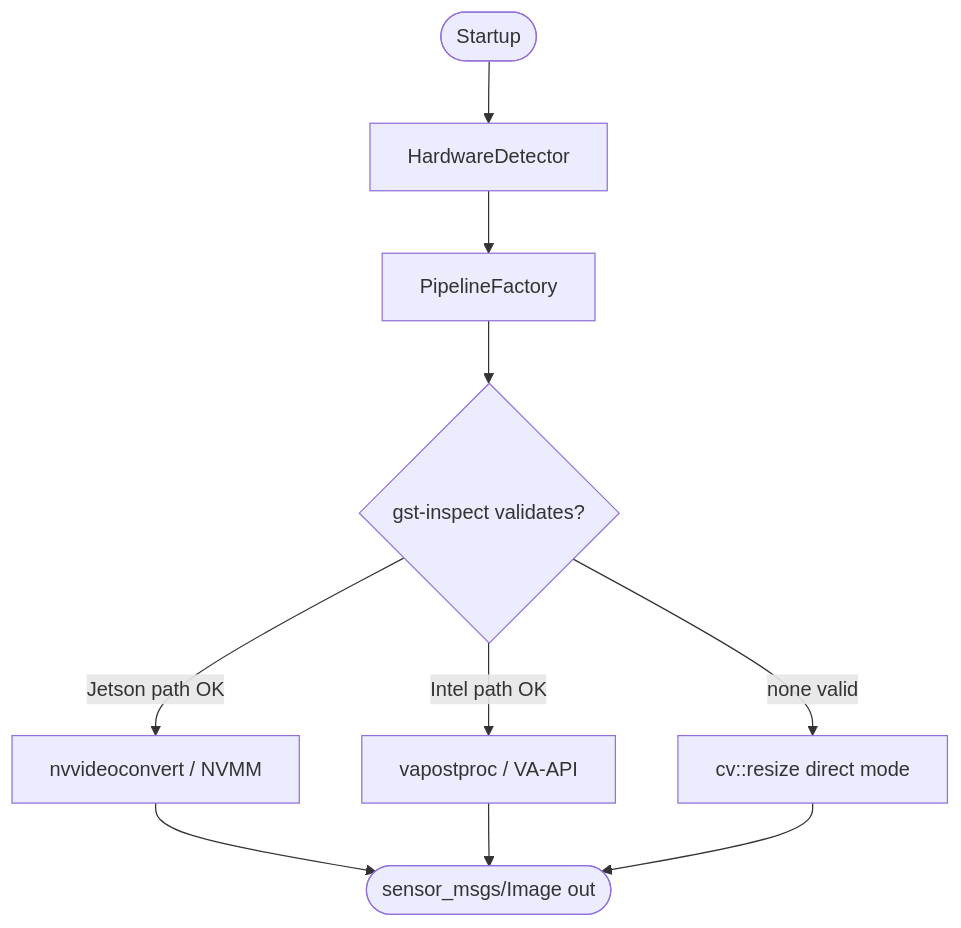
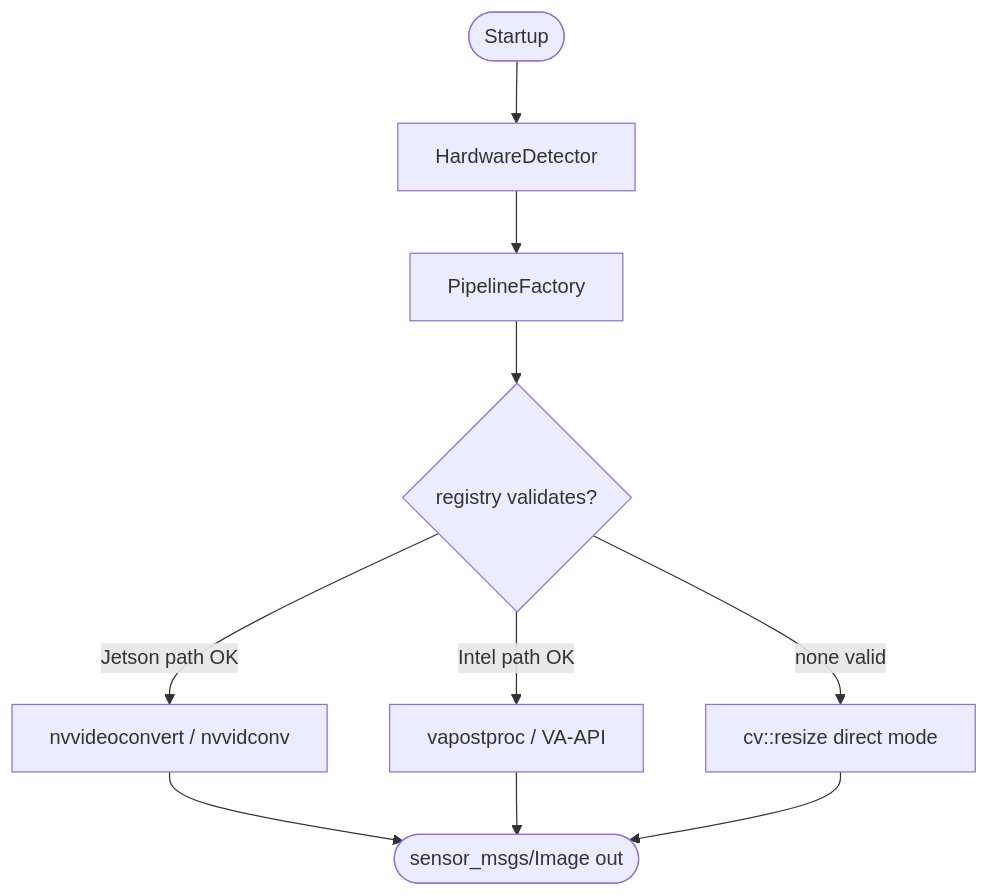
The diagram in README.md (sohams25/prism-ros), drawn with Mermaid before and after one commit. The commit also changed other lines of this file and 3 other files, not shown here.

````diff
--- a/README.md
+++ b/README.md
@@ -173,12 +173,12 @@
 ```mermaid
 flowchart TD
   Start([Startup]) --> HD[HardwareDetector]
   HD --> PF[PipelineFactory]
-  PF --> V{gst-inspect validates?}
-  V -->|Jetson path OK| NV[nvvideoconvert / NVMM]
+  PF --> V{registry validates?}
+  V -->|Jetson path OK| NV[nvvideoconvert / nvvidconv]
   V -->|Intel path OK| VA[vapostproc / VA-API]
   V -->|none valid| CV[cv::resize direct mode]
   NV --> Out([sensor_msgs/Image out])
   VA --> Out
   CV --> Out
 ```
````
